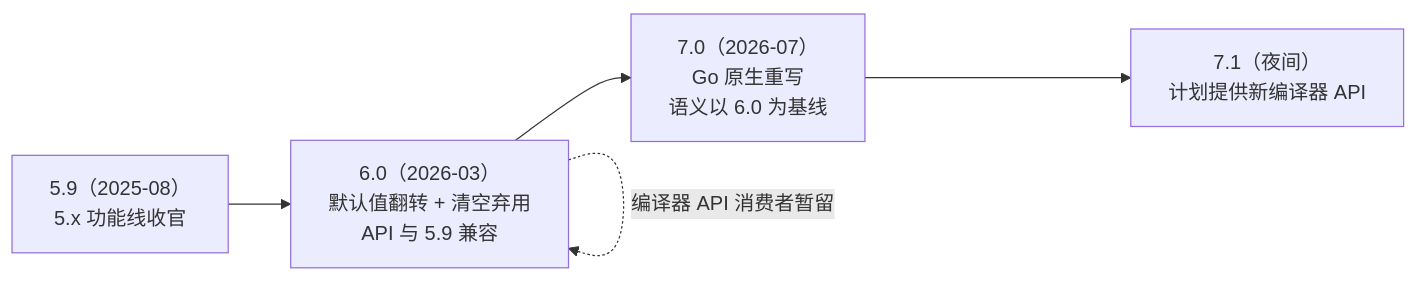
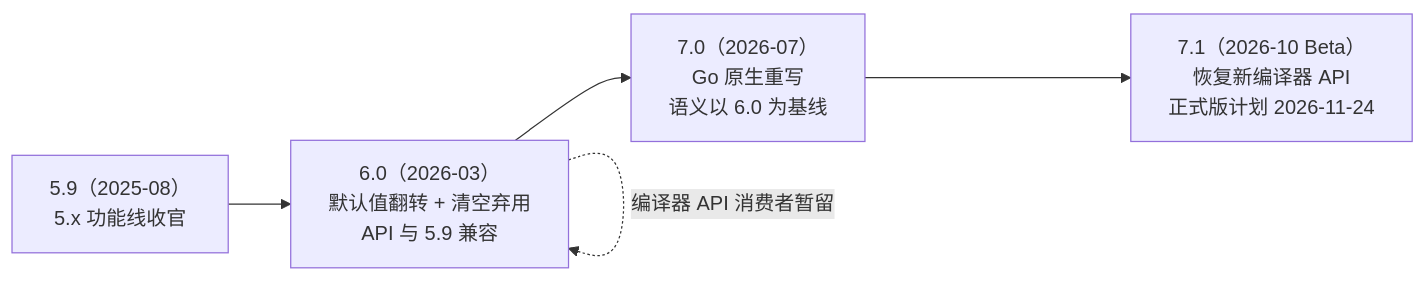
Before and after one commit to fanquanpp/FANDEX: the diagram in cnt-content/full/008-typescript/680-TypeScript6And7CompilerEvolution.md, drawn with Mermaid. The commit also changed other lines of this file and 1501 other files, not shown here.

````diff
--- a/cnt-content/full/008-typescript/680-TypeScript6And7CompilerEvolution.md
+++ b/cnt-content/full/008-typescript/680-TypeScript6And7CompilerEvolution.md
@@ -53,7 +55,7 @@
 ```mermaid
 flowchart LR
     A["5.9（2025-08）<br/>5.x 功能线收官"] --> B["6.0（2026-03）<br/>默认值翻转 + 清空弃用<br/>API 与 5.9 兼容"]
     B --> C["7.0（2026-07）<br/>Go 原生重写<br/>语义以 6.0 为基线"]
     B -.编译器 API 消费者暂留.-> B
-    C --> D["7.1（夜间）<br/>计划提供新编译器 API"]
+    C --> D["7.1（2026-10 Beta）<br/>恢复新编译器 API<br/>正式版计划 2026-11-24"]
 ```
````
